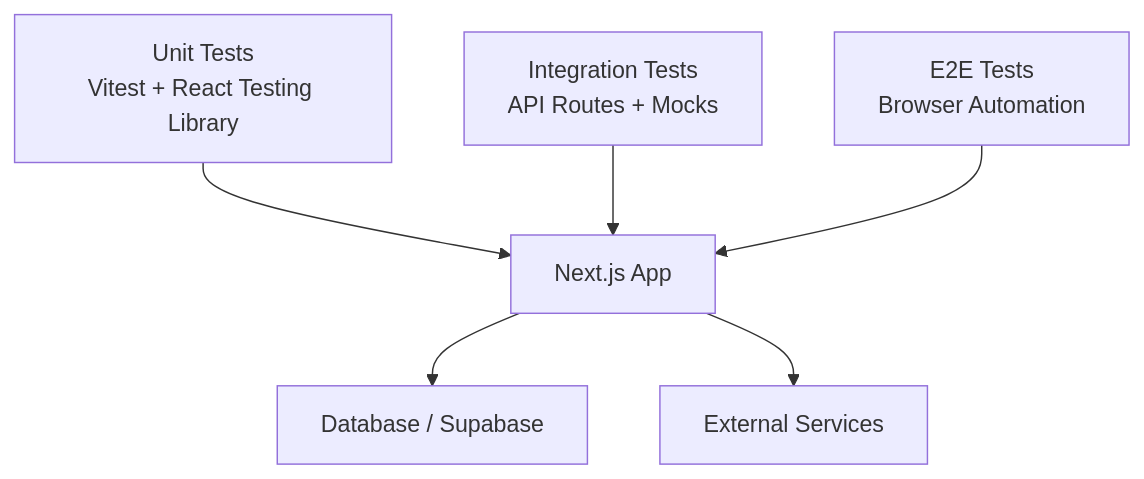
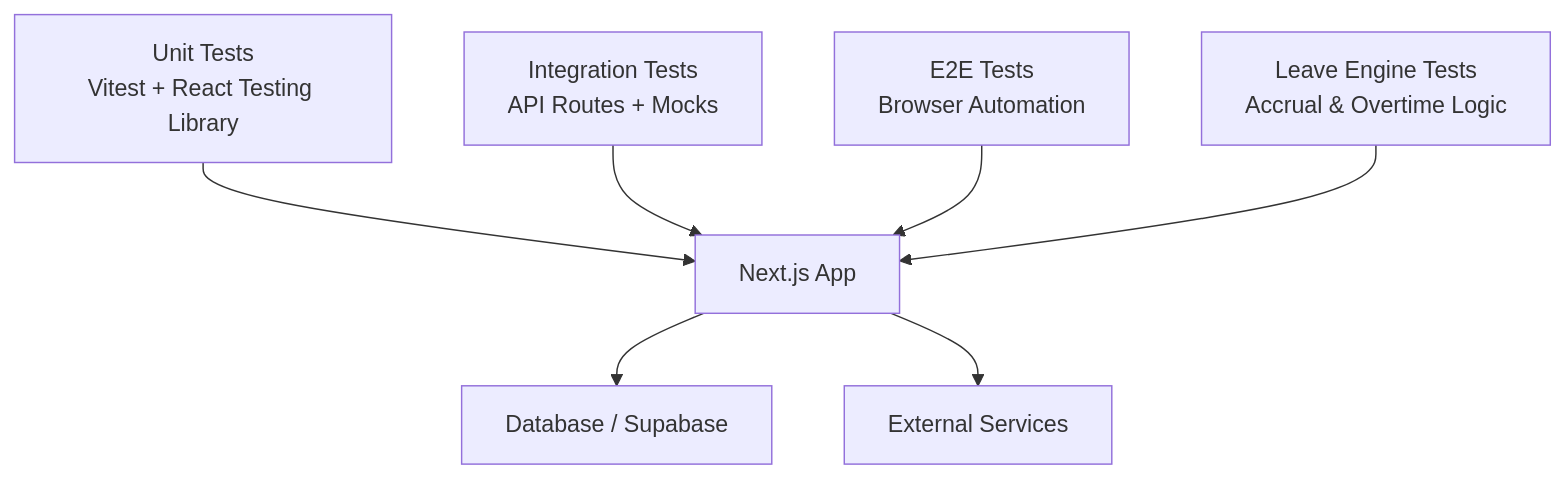
Before and after one commit to EdwinCycling/LiquidHR: the second of 6 diagrams in .qoder/repowiki/en/content/Testing Guide/Testing Guide.md, drawn with Mermaid. The commit also changed other lines of this file and 120 other files, not shown here.

````diff
--- a/.qoder/repowiki/en/content/Testing Guide/Testing Guide.md
+++ b/.qoder/repowiki/en/content/Testing Guide/Testing Guide.md
@@ -108,14 +123,16 @@
 ```mermaid
 graph TB
 U["Unit Tests<br/>Vitest + React Testing Library"]
 I["Integration Tests<br/>API Routes + Mocks"]
 E["E2E Tests<br/>Browser Automation"]
+L["Leave Engine Tests<br/>Accrual & Overtime Logic"]
 N["Next.js App"]
 DB["Database / Supabase"]
 Ext["External Services"]
 U --> N
 I --> N
 E --> N
+L --> N
 N --> DB
 N --> Ext
 ```
````
